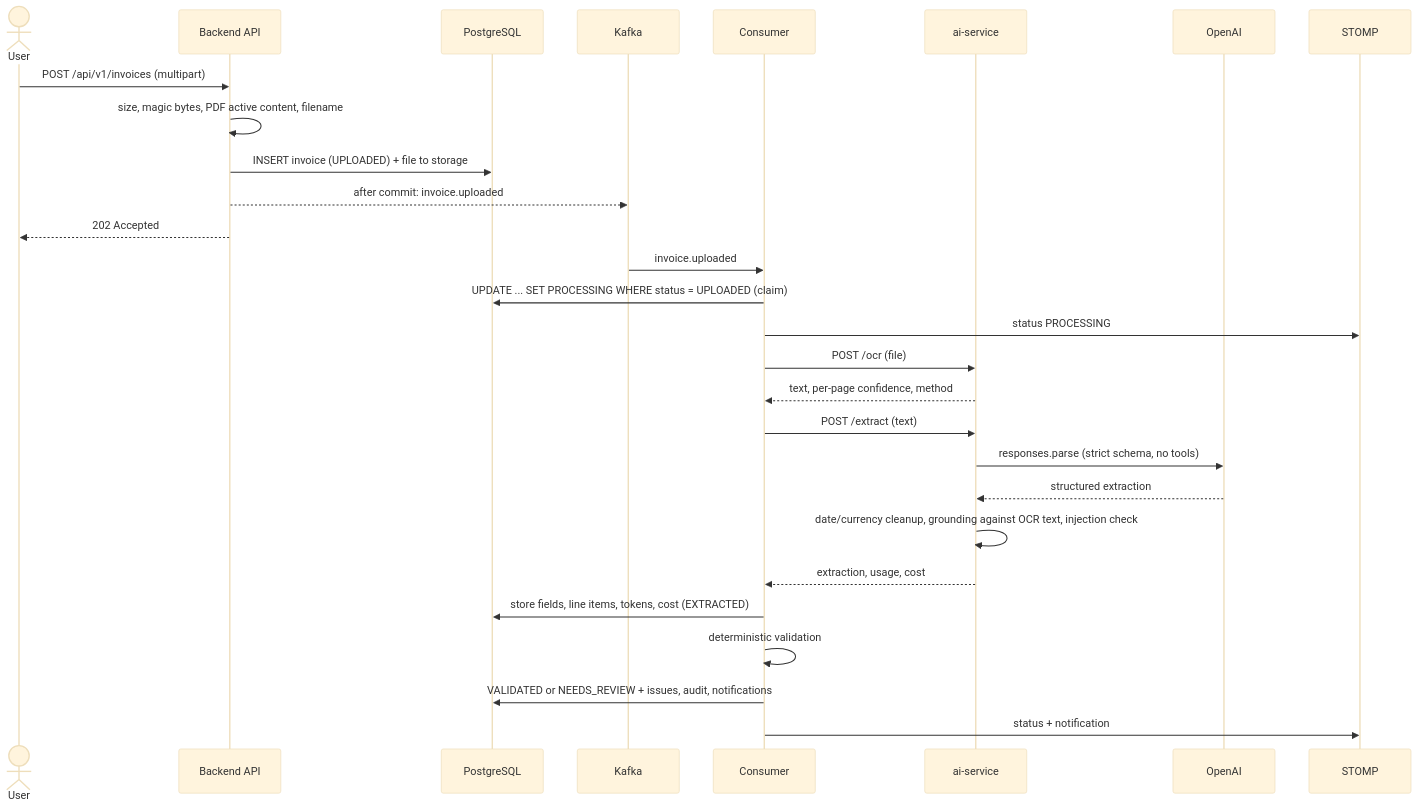
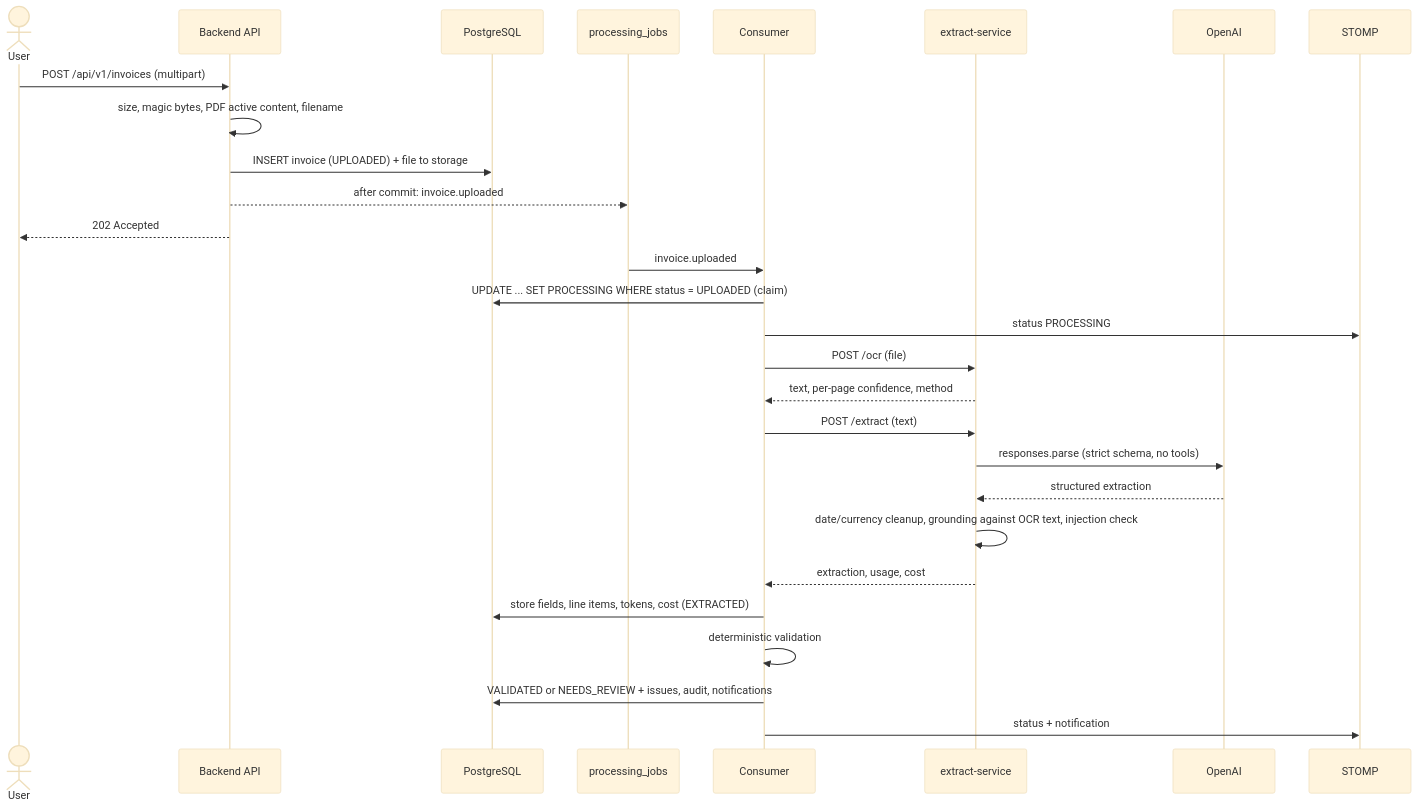
Before and after one commit to maxprogerit/InvoiceMind-AI: the third of 5 diagrams in docs/ARCHITECTURE.md, drawn with Mermaid (base theme). The commit also changed other lines of this file and 214 other files, not shown here.

````diff
--- a/docs/ARCHITECTURE.md
+++ b/docs/ARCHITECTURE.md
@@ -86,31 +83,31 @@
 ```mermaid
 sequenceDiagram
   actor U as User
   participant API as Backend API
   participant PG as PostgreSQL
-  participant K as Kafka
+  participant K as processing_jobs
   participant C as Consumer
-  participant AI as ai-service
+  participant AI as extract-service
   participant O as OpenAI
   participant WS as STOMP
 
   U->>API: POST /api/v1/invoices (multipart)
   API->>API: size, magic bytes, PDF active content, filename
   API->>PG: INSERT invoice (UPLOADED) + file to storage
   API-->>K: after commit: invoice.uploaded
   API-->>U: 202 Accepted
   K->>C: invoice.uploaded
   C->>PG: UPDATE ... SET PROCESSING WHERE status = UPLOADED (claim)
   C->>WS: status PROCESSING
   C->>AI: POST /ocr (file)
   AI-->>C: text, per-page confidence, method
   C->>AI: POST /extract (text)
   AI->>O: responses.parse (strict schema, no tools)
   O-->>AI: structured extraction
   AI->>AI: date/currency cleanup, grounding against OCR text, injection check
   AI-->>C: extraction, usage, cost
   C->>PG: store fields, line items, tokens, cost (EXTRACTED)
   C->>C: deterministic validation
   C->>PG: VALIDATED or NEEDS_REVIEW + issues, audit, notifications
   C->>WS: status + notification
 ```
````
